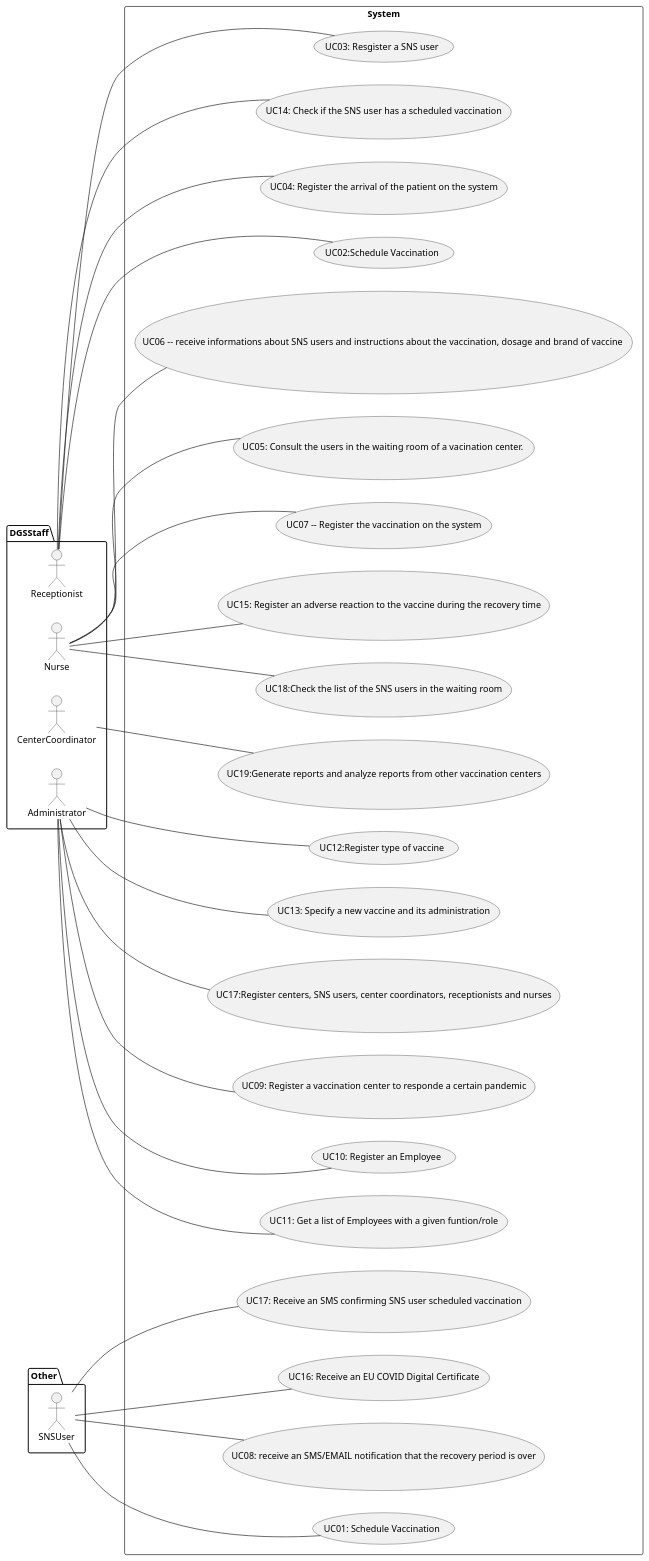
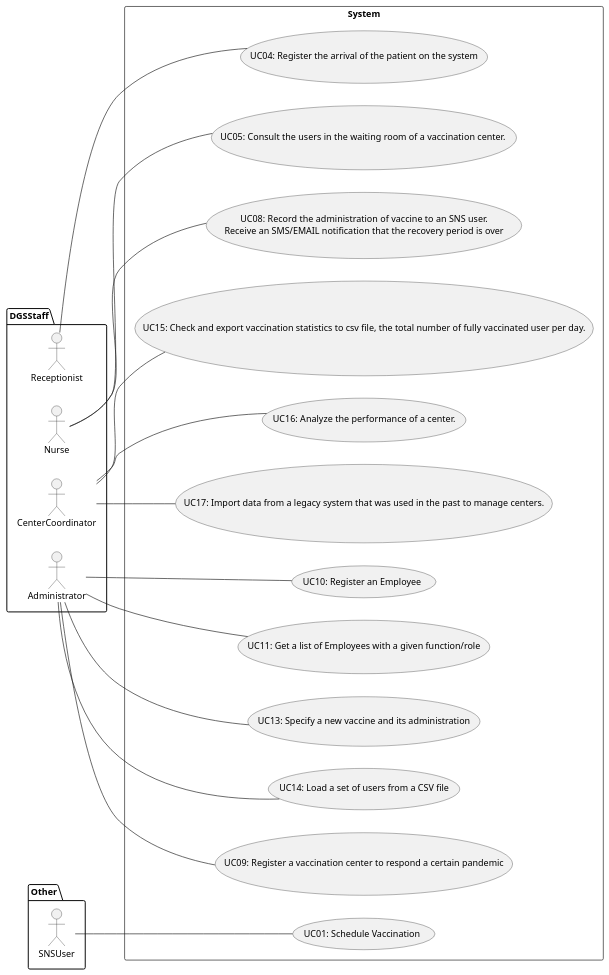
One commit to osnilas/SNSsystem changed the diagram in docs/SprintD/UCD.puml. Above: the diagram before and after it, drawn with PlantUML. The commit also changed 8 other files, not shown here.

```diff
--- a/docs/SprintD/UCD.puml
+++ b/docs/SprintD/UCD.puml
@@ -1,39 +1,33 @@
 @startuml
 left to right direction
 
 package DGSStaff {
   actor Receptionist
   actor Nurse
   actor CenterCoordinator
   actor Administrator
 
 }
 package Other {
 actor SNSUser
 }
 
 rectangle System {
 
-        Receptionist -- (UC03: Resgister a SNS user)
-        Receptionist -- (UC14: Check if the SNS user has a scheduled vaccination)
+
+        SNSUser -- (UC01: Schedule Vaccination)
         Receptionist -- (UC04: Register the arrival of the patient on the system)
-        SNSUser -- (UC01: Schedule Vaccination)
-        SNSUser -- (UC17: Receive an SMS confirming SNS user scheduled vaccination)
-        Nurse -- (UC18:Check the list of the SNS users in the waiting room)
-        CenterCoordinator  -- (UC19:Generate reports and analyze reports from other vaccination centers)
-        Administrator -- (UC09: Register a vaccination center to responde a certain pandemic)
+        Nurse -- (UC05: Consult the users in the waiting room of a vaccination center. )
+        Nurse -- (UC08: Record the administration of vaccine to an SNS user.\nReceive an SMS/EMAIL notification that the recovery period is over)
+        Administrator -- (UC09: Register a vaccination center to respond a certain pandemic)
         Administrator -- (UC10: Register an Employee)
-        Administrator -- (UC11: Get a list of Employees with a given funtion/role)
-        Administrator -- (UC12:Register type of vaccine)
+        Administrator -- (UC11: Get a list of Employees with a given function/role)
         Administrator -- (UC13: Specify a new vaccine and its administration)
-        Administrator -- (UC17:Register centers, SNS users, center coordinators, receptionists and nurses)
-        Nurse -- (UC06 -- receive informations about SNS users and instructions about the vaccination, dosage and brand of vaccine )
-        Nurse -- (UC05: Consult the users in the waiting room of a vacination center. )
-        Nurse -- (UC07 -- Register the vaccination on the system)
-        SNSUser-- (UC08: receive an SMS/EMAIL notification that the recovery period is over)
-        Nurse -- (UC15: Register an adverse reaction to the vaccine during the recovery time)
-        SNSUser-- (UC16: Receive an EU COVID Digital Certificate)
-        Receptionist -- (UC02:Schedule Vaccination)
+        Administrator -- (UC14: Load a set of users from a CSV file)
+        CenterCoordinator -- (UC15: Check and export vaccination statistics to csv file, the total number of fully vaccinated user per day.)
+        CenterCoordinator-- (UC16: Analyze the performance of a center.)
+        CenterCoordinator -- (UC17: Import data from a legacy system that was used in the past to manage centers.)
+
 
    }
 @enduml
```
